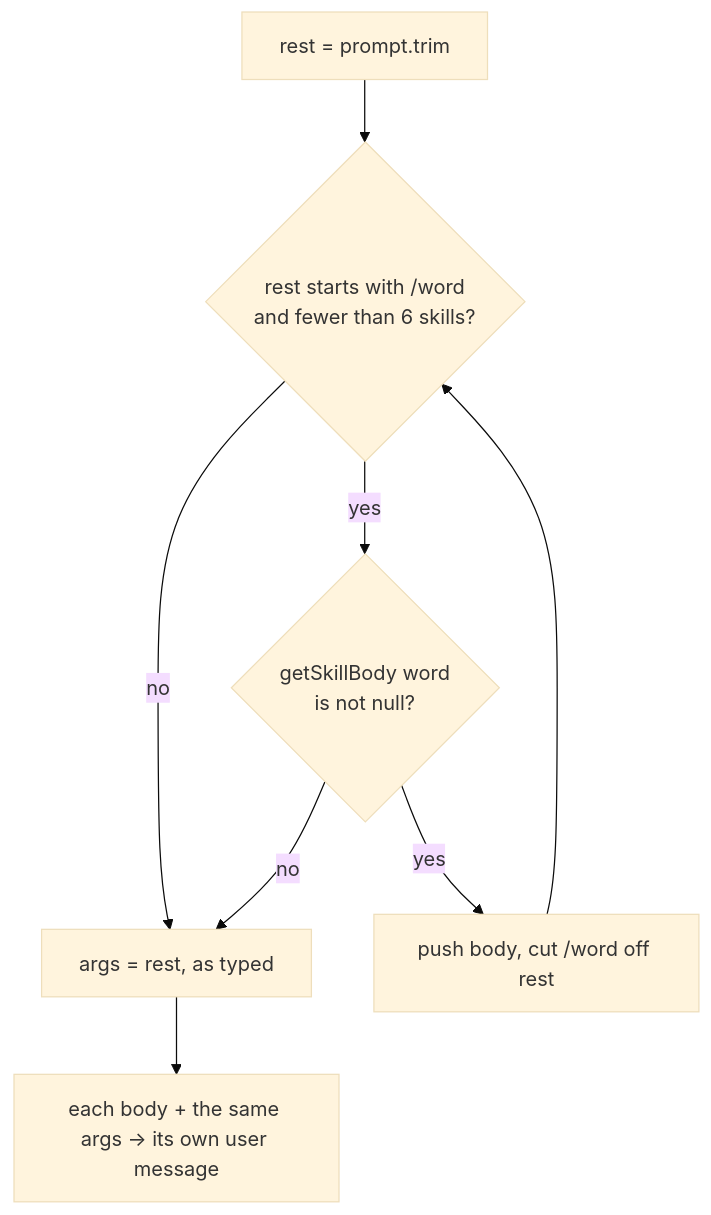
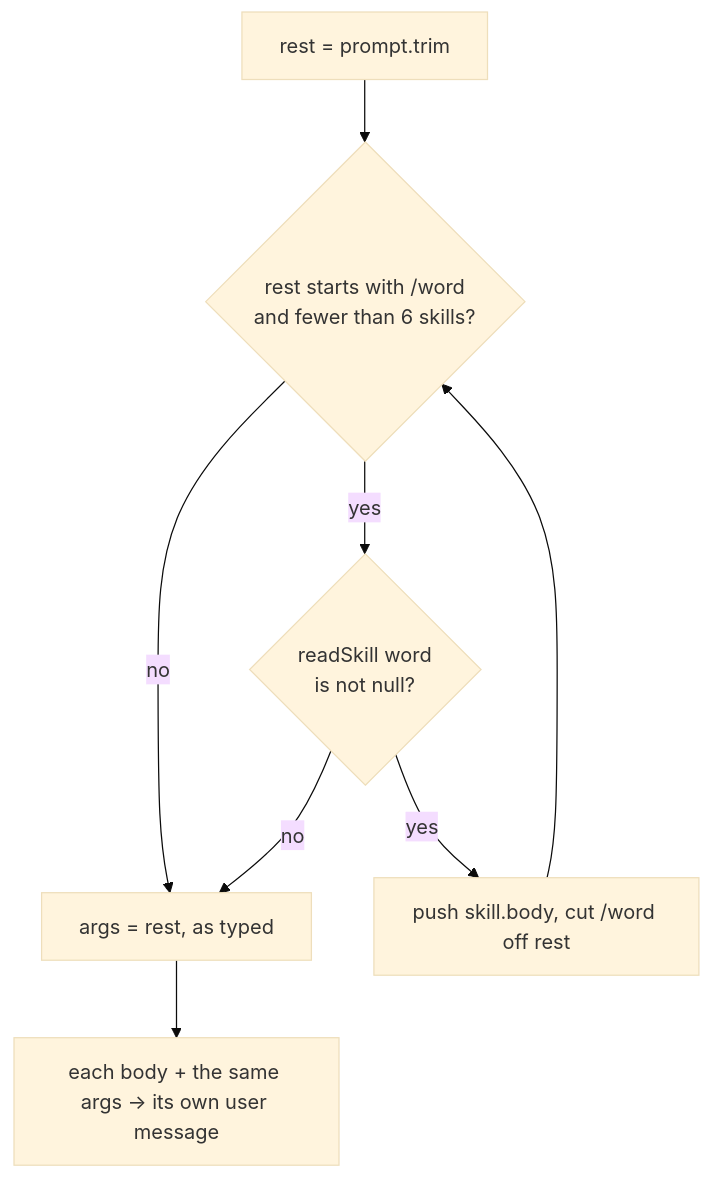
The second of 2 diagrams in WORKFLOW.md (shreyaspangal/claude-code), drawn with Mermaid (base theme) before and after one commit. The commit also changed other lines of this file and 1 other file, not shown here.

First line of the commit message:
refactor: Read SKILL.md through a single readSkill helper

````diff
--- a/WORKFLOW.md
+++ b/WORKFLOW.md
@@ -38,9 +38,9 @@
 ```mermaid
 flowchart TD
     A[rest = prompt.trim] --> B{rest starts with /word<br/>and fewer than 6 skills?}
     B -- no --> E[args = rest, as typed]
-    B -- yes --> C{getSkillBody word<br/>is not null?}
+    B -- yes --> C{readSkill word<br/>is not null?}
     C -- no --> E
-    C -- yes --> D[push body, cut /word off rest] --> B
+    C -- yes --> D[push skill.body, cut /word off rest] --> B
     E --> F[each body + the same args → its own user message]
 ```
````
